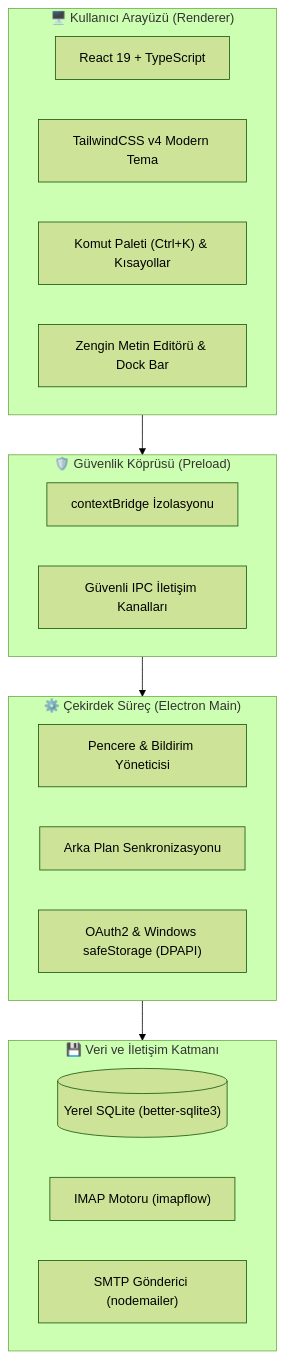
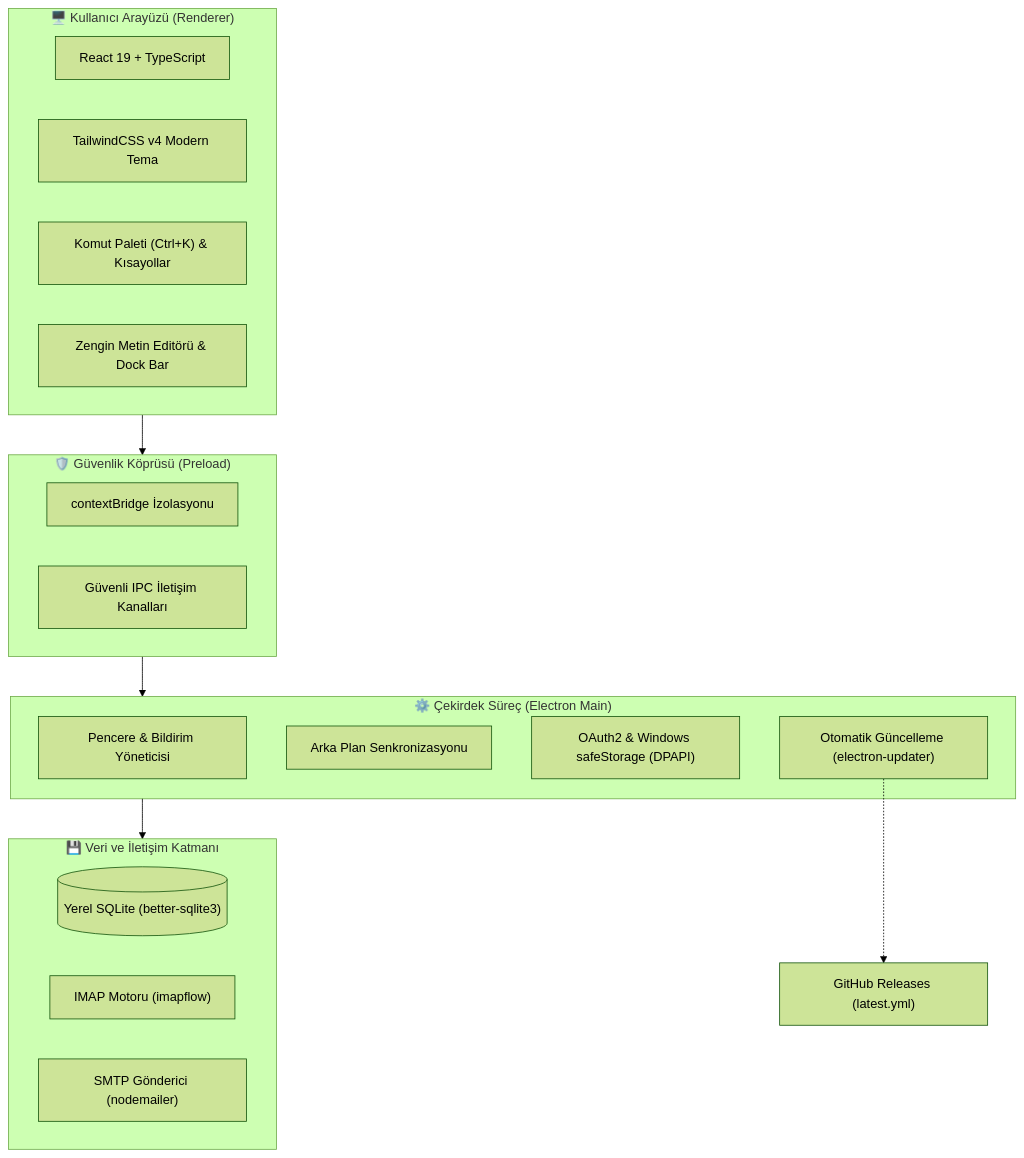
Before and after one commit to eekilinc/Postaci: the diagram in README.md, drawn with Mermaid (forest theme). The commit also changed 29 other files, not shown here.

Commit message:
feat: Drizzle semasi, TanStack Query, Zustand, electron-updater, Playwright E2E altyapisi + Archify diyagramlari

````diff
--- a/README.md
+++ b/README.md
@@ -111,30 +111,32 @@
 ```mermaid
 graph TD
     subgraph UI ["🖥️ Kullanıcı Arayüzü (Renderer)"]
         UI_A["React 19 + TypeScript"]
         UI_B["TailwindCSS v4 Modern Tema"]
         UI_C["Komut Paleti (Ctrl+K) & Kısayollar"]
         UI_D["Zengin Metin Editörü & Dock Bar"]
     end
 
     subgraph Bridge ["🛡️ Güvenlik Köprüsü (Preload)"]
         BR_A["contextBridge İzolasyonu"]
         BR_B["Güvenli IPC İletişim Kanalları"]
     end
 
     subgraph Core ["⚙️ Çekirdek Süreç (Electron Main)"]
         CR_A["Pencere & Bildirim Yöneticisi"]
         CR_B["Arka Plan Senkronizasyonu"]
         CR_C["OAuth2 & Windows safeStorage (DPAPI)"]
+        CR_D["Otomatik Güncelleme (electron-updater)"]
     end
 
     subgraph Storage ["💾 Veri ve İletişim Katmanı"]
         DB[("Yerel SQLite (better-sqlite3)")]
         IMAP["IMAP Motoru (imapflow)"]
         SMTP["SMTP Gönderici (nodemailer)"]
     end
 
     UI --> Bridge
     Bridge --> Core
     Core --> Storage
+    CR_D -.-> GH["GitHub Releases (latest.yml)"]
 ```
````
